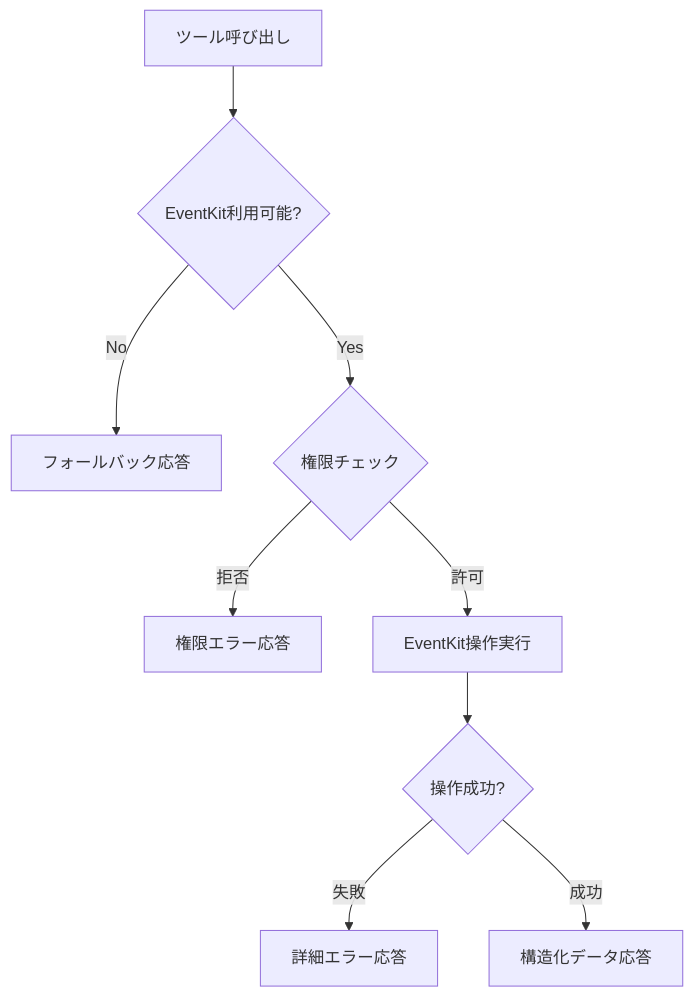
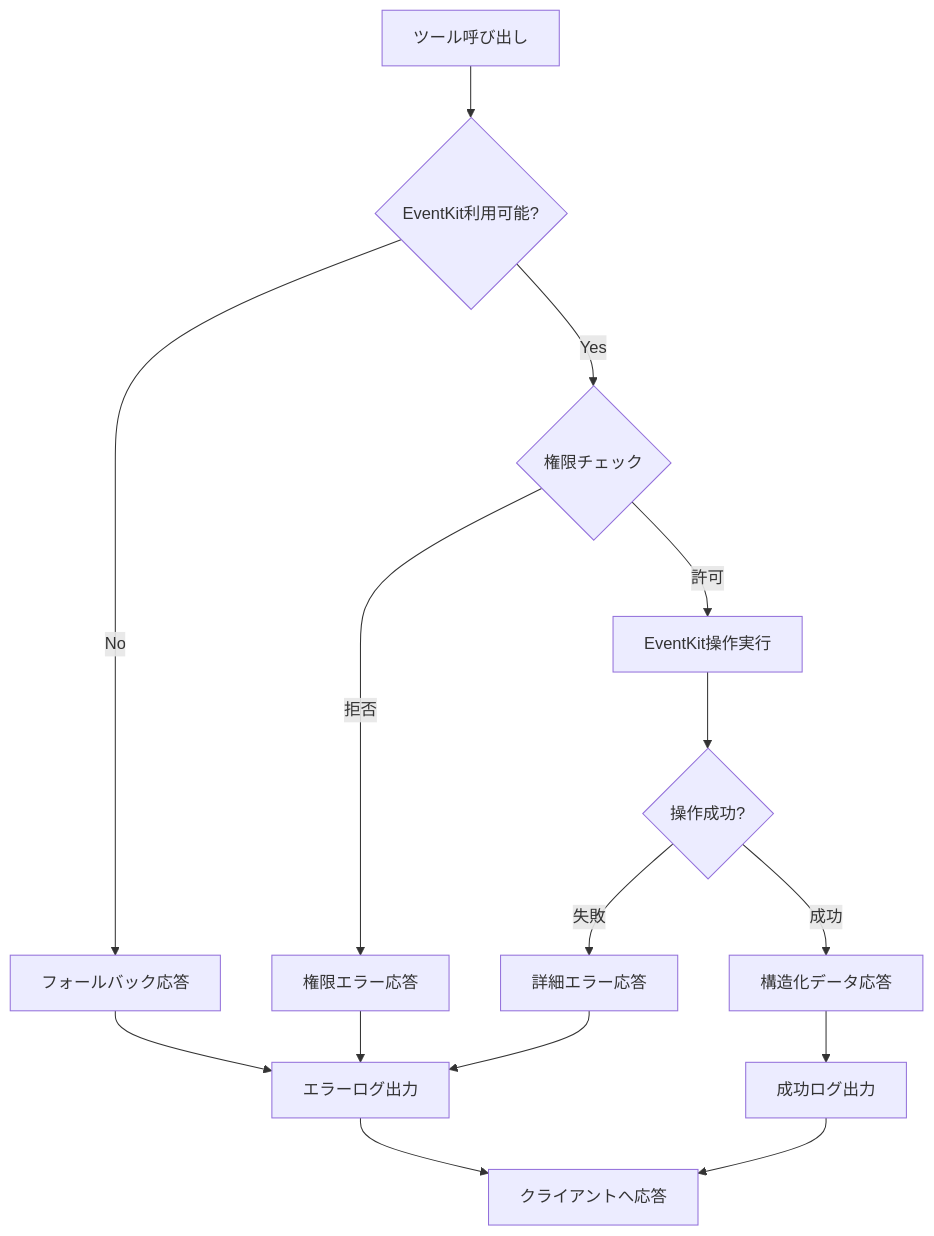
Before and after one commit to koudaiii/myCalendarMCP: the fourth of 9 diagrams in docs/02-architecture.md, drawn with Mermaid. The commit also changed other lines of this file and 7 other files, not shown here.

````diff
--- a/docs/02-architecture.md
+++ b/docs/02-architecture.md
@@ -146,11 +189,18 @@
 ```mermaid
 flowchart TD
     A[ツール呼び出し] --> B{EventKit利用可能?}
     B -->|No| C[フォールバック応答]
     B -->|Yes| D{権限チェック}
     D -->|拒否| E[権限エラー応答]
     D -->|許可| F[EventKit操作実行]
     F --> G{操作成功?}
     G -->|失敗| H[詳細エラー応答]
     G -->|成功| I[構造化データ応答]
+
+    C --> J[エラーログ出力]
+    E --> J
+    H --> J
+    I --> K[成功ログ出力]
+    J --> L[クライアントへ応答]
+    K --> L
 ```
````
